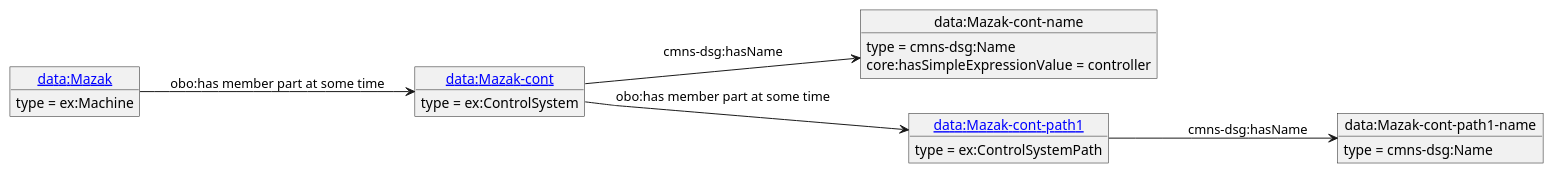
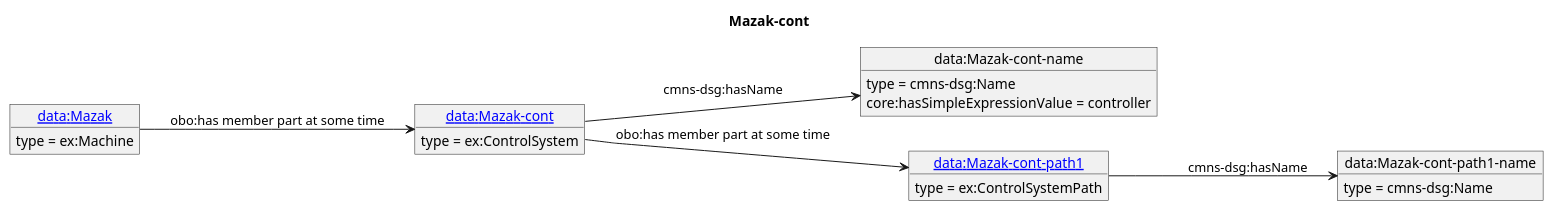
The diagram in diagrams/Mazak-cont.puml (iofoundry/example-syseng-mtconnect), drawn with PlantUML before and after one commit. The commit also changed 140 other files, not shown here.

```diff
--- a/diagrams/Mazak-cont.puml
+++ b/diagrams/Mazak-cont.puml
@@ -1,24 +1,25 @@
 @startuml
 skinparam linetype polyline
 left to right direction
+title Mazak-cont
 object "[[./Mazak-cont.html data:Mazak-cont]]" as o1 {
  type = ex:ControlSystem
  }
 object "data:Mazak-cont-name" as o2 {
  type = cmns-dsg:Name
  }
 object "[[./Mazak-cont-path1.html data:Mazak-cont-path1]]" as o3 {
  type = ex:ControlSystemPath
  }
 object "data:Mazak-cont-path1-name" as o4 {
  type = cmns-dsg:Name
  }
 object "[[./Mazak.html data:Mazak]]" as o5 {
  type = ex:Machine
  }
 o1 --> o2 : cmns-dsg:hasName
 o2 : core:hasSimpleExpressionValue = controller
 o1 --> o3 : obo:has member part at some time
 o3 --> o4 : cmns-dsg:hasName
 o5 --> o1 : obo:has member part at some time
 @enduml
```
